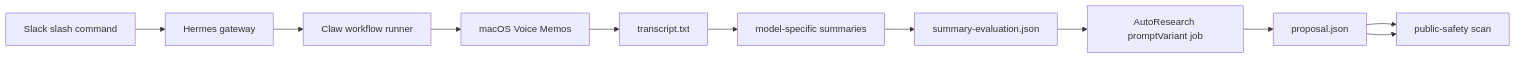
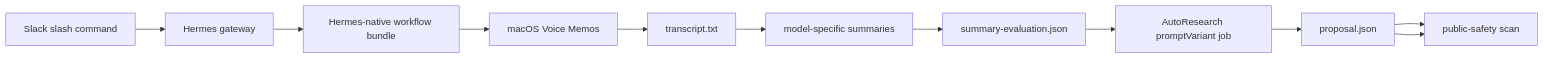
The diagram in docs/architecture.md (jbelnick/meeting-intelligence-pipelines), drawn with Mermaid before and after one commit. The commit also changed other lines of this file and 5 other files, not shown here.

Commit message:
Clarify workflow runner naming

````diff
--- a/docs/architecture.md
+++ b/docs/architecture.md
@@ -7,13 +7,13 @@
 ```mermaid
 flowchart LR
     Slack["Slack slash command"] --> Hermes["Hermes gateway"]
-    Hermes --> Claw["Claw workflow runner"]
-    Claw --> Mac["macOS Voice Memos"]
+    Hermes --> Bundle["Hermes-native workflow bundle"]
+    Bundle --> Mac["macOS Voice Memos"]
     Mac --> Transcript["transcript.txt"]
     Transcript --> Summaries["model-specific summaries"]
     Summaries --> Eval["summary-evaluation.json"]
     Eval --> Research["AutoResearch promptVariant job"]
     Research --> Promotion["proposal.json"]
     Promotion --> Safety["public-safety scan"]
     Promotion --> Safety
 ```
````
